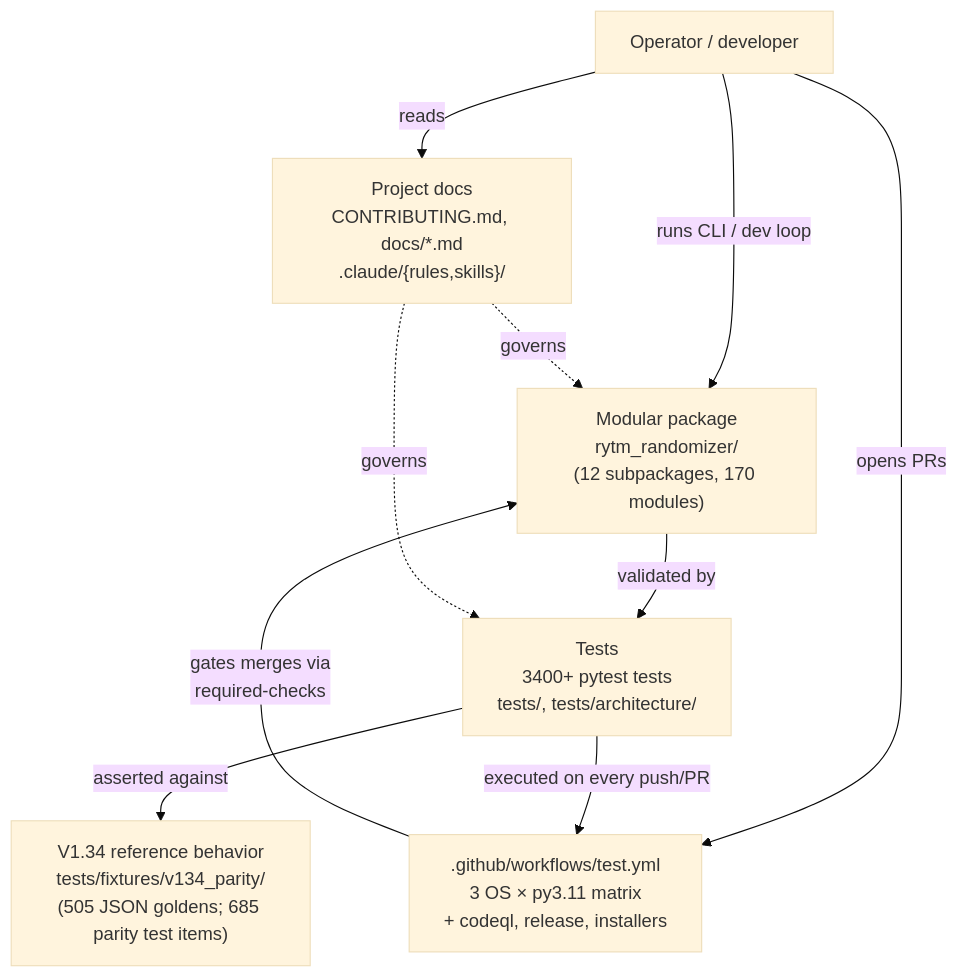
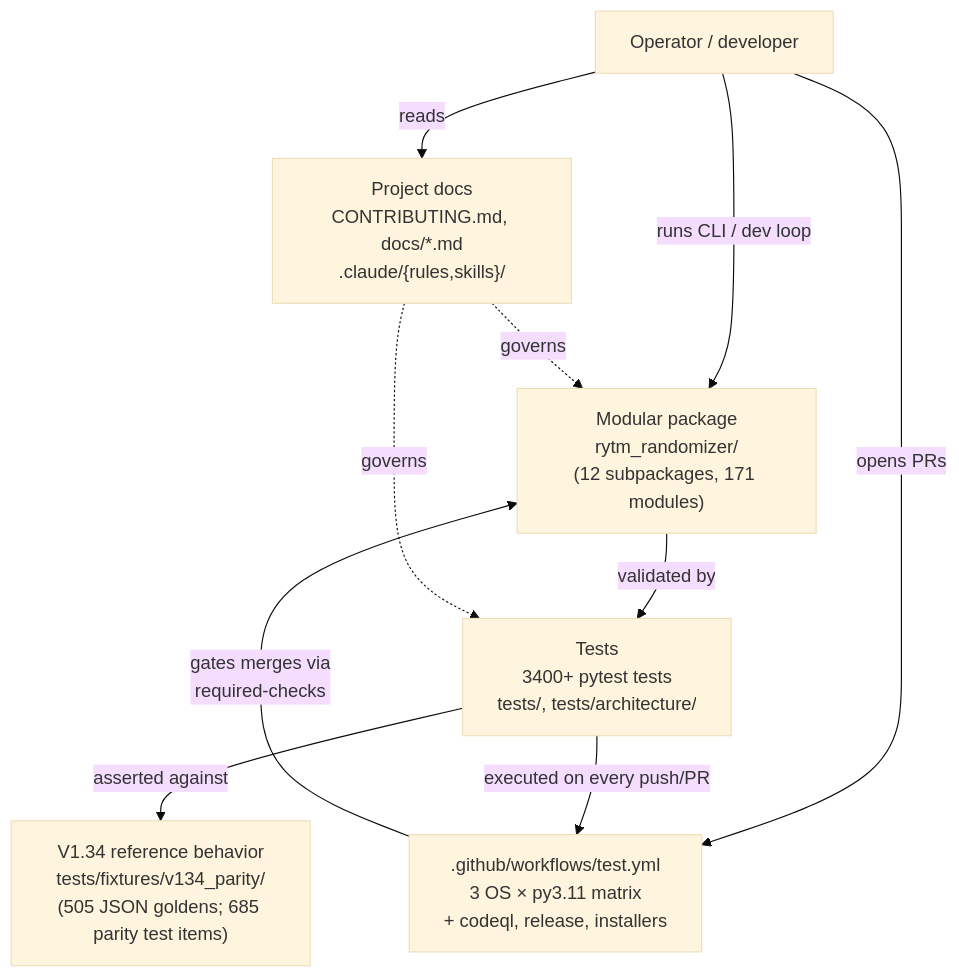
Before and after one commit to buzzijose-hub/RytmRandomizer: the first of 26 diagrams in docs/ARCHITECTURE_DIAGRAMS.md, drawn with Mermaid (base theme). The commit also changed other lines of this file and 14 other files, not shown here.

````diff
--- a/docs/ARCHITECTURE_DIAGRAMS.md
+++ b/docs/ARCHITECTURE_DIAGRAMS.md
@@ -47,22 +47,22 @@
 ```mermaid
 flowchart TB
     User["Operator / developer"]
     V134["V1.34 reference behavior<br/>tests/fixtures/v134_parity/<br/>(505 JSON goldens; 685 parity test items)"]
-    Package["Modular package<br/>rytm_randomizer/<br/>(12 subpackages, 170 modules)"]
+    Package["Modular package<br/>rytm_randomizer/<br/>(12 subpackages, 171 modules)"]
     Tests["Tests<br/>3400+ pytest tests<br/>tests/, tests/architecture/"]
     CI[".github/workflows/test.yml<br/>3 OS × py3.11 matrix<br/>+ codeql, release, installers"]
     Docs["Project docs<br/>CONTRIBUTING.md, docs/*.md<br/>.claude/{rules,skills}/"]
 
     User -->|"runs CLI / dev loop"| Package
     User -->|"opens PRs"| CI
     User -->|"reads"| Docs
 
     Package -->|"validated by"| Tests
     Tests -->|"asserted against"| V134
     Tests -->|"executed on every push/PR"| CI
 
     CI -->|"gates merges via<br/>required-checks"| Package
 
     Docs -.->|"governs"| Package
     Docs -.->|"governs"| Tests
 ```
````
